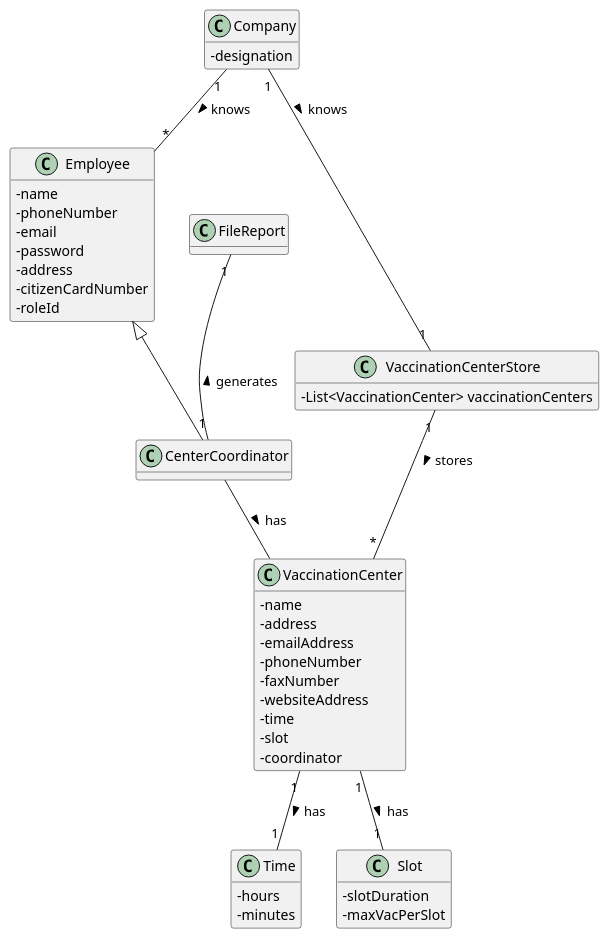
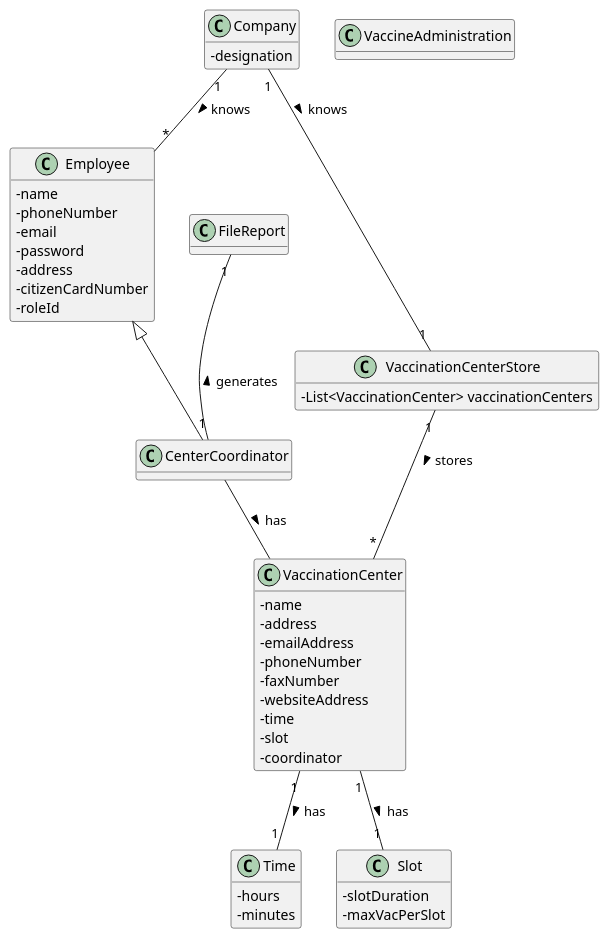
Before and after one commit to miseEnPlace-i/lapr2: the diagram in docs/SprintD/US15/DM/US15_DM.puml, drawn with PlantUML. The commit also changed 1 other file, not shown here.

```diff
--- a/docs/SprintD/US15/DM/US15_DM.puml
+++ b/docs/SprintD/US15/DM/US15_DM.puml
@@ -1,59 +1,61 @@
 @startuml US15_DM
 hide methods
 skinparam classAttributeIconSize 0
 
 class Company {
   -designation
 }
 
 class CenterCoordinator {}
 
 class Employee {
   -name
   -phoneNumber
   -email
   -password
   -address
   -citizenCardNumber
   -roleId
 }
 
 class VaccinationCenter{
   -name
   -address
   -emailAddress
   -phoneNumber
   -faxNumber
   -websiteAddress
   -time
   -slot
   -coordinator
 }
 
 class VaccinationCenterStore {
   -List<VaccinationCenter> vaccinationCenters
 }
 
 class Time {
   -hours
   -minutes
 }
 
 class Slot {
   -slotDuration
   -maxVacPerSlot
 }
 
+class VaccineAdministration {}
+
 class FileReport {}
 
 Company "1" -- "*" Employee : knows >
 Employee <|-- CenterCoordinator
 CenterCoordinator -- VaccinationCenter : has >
 VaccinationCenter "1" -- "1" Time : has >
 VaccinationCenter "1"-- "1" Slot : has >
 VaccinationCenterStore "1" -- "*" VaccinationCenter : stores >
 Company "1" -- "1" VaccinationCenterStore : knows >
 FileReport "1" -- "1" CenterCoordinator : generates <
 
 
 @enduml
```
